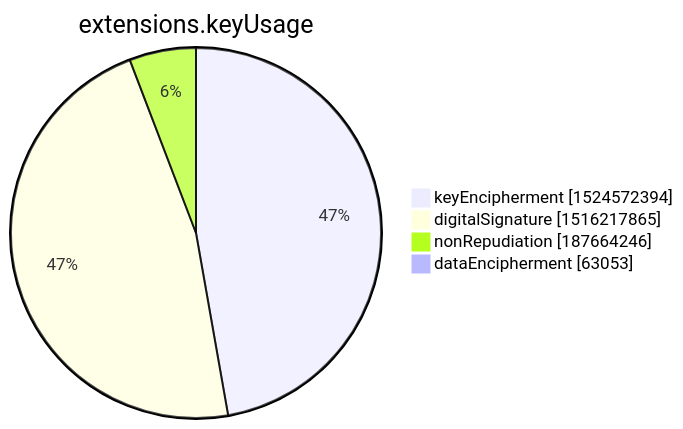
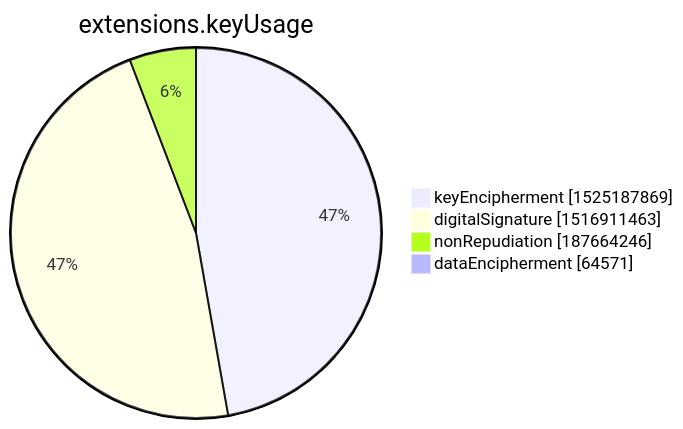
One commit to christiankrug/ctmonitor_visualization changed the seventh of 15 diagrams in xenon2022/README.md. Above: the diagram before and after it, drawn with Mermaid. The commit also changed other lines of this file, not shown here.

````diff
--- a/xenon2022/README.md
+++ b/xenon2022/README.md
@@ -2847,8 +2847,8 @@
 ```mermaid
 pie showData
 title extensions.keyUsage
-"keyEncipherment" :1524572394
-"digitalSignature" :1516217865
+"keyEncipherment" :1525187869
+"digitalSignature" :1516911463
 "nonRepudiation" :187664246
-"dataEncipherment" :63053
+"dataEncipherment" :64571
 ```
````
